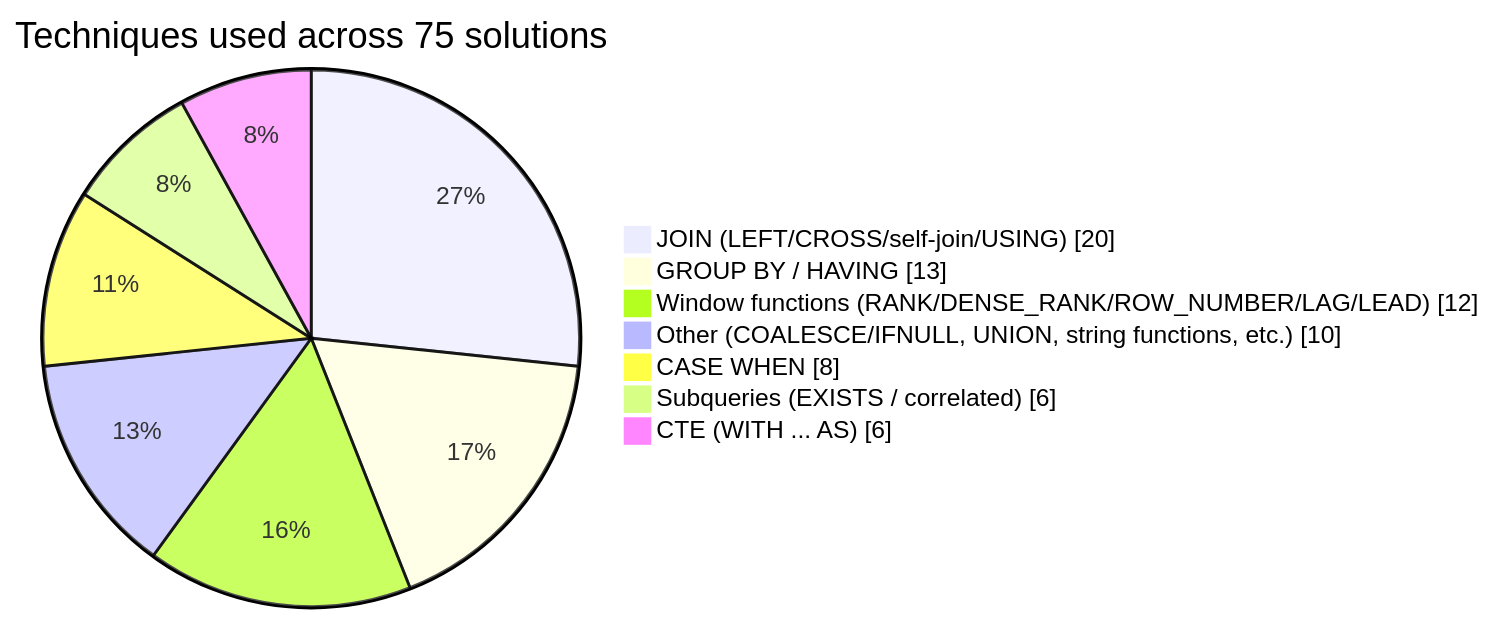
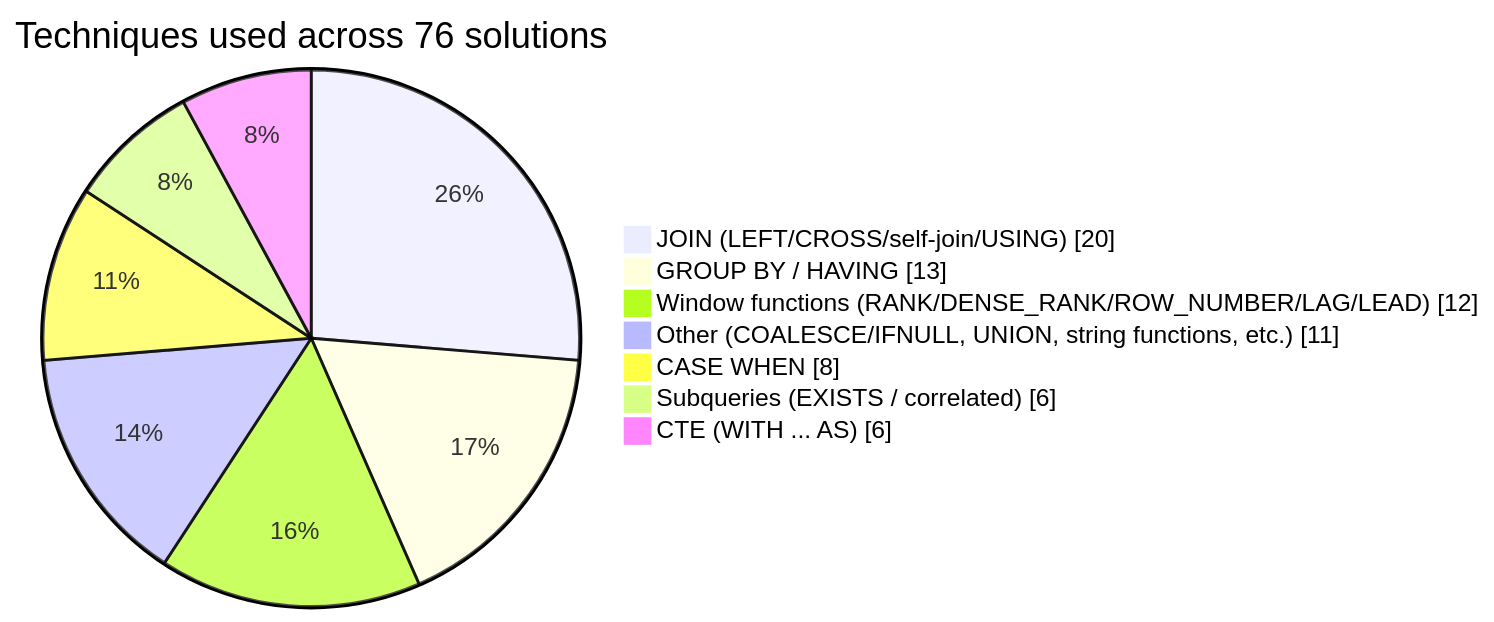
Before and after one commit to ruhlanrzayev/LeetCode_SQL_Problems: the diagram in README.md, drawn with Mermaid. The commit also changed other lines of this file, not shown here.

Commit message:
chore: auto-update technique breakdown chart

````diff
--- a/README.md
+++ b/README.md
@@ -11,11 +11,11 @@
 ```mermaid
 pie showData
-    title Techniques used across 75 solutions
+    title Techniques used across 76 solutions
     "JOIN (LEFT/CROSS/self-join/USING)" : 20
     "GROUP BY / HAVING" : 13
     "Window functions (RANK/DENSE_RANK/ROW_NUMBER/LAG/LEAD)" : 12
-    "Other (COALESCE/IFNULL, UNION, string functions, etc.)" : 10
+    "Other (COALESCE/IFNULL, UNION, string functions, etc.)" : 11
     "CASE WHEN" : 8
     "Subqueries (EXISTS / correlated)" : 6
     "CTE (WITH ... AS)" : 6
 ```
````
